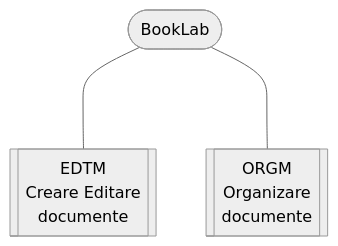
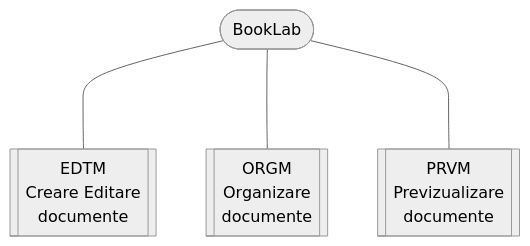
Before and after one commit to petre-renware/booklab: the diagram in doc_src/810-DSGN-130.02-Overview.md, drawn with Mermaid (neutral theme). The commit also changed other lines of this file, not shown here.

````diff
--- a/doc_src/810-DSGN-130.02-Overview.md
+++ b/doc_src/810-DSGN-130.02-Overview.md
@@ -68,10 +68,12 @@
 ``` mermaid
 graph TD
     bklab([BookLab])
     edtmtl[[EDTM \n Creare Editare \n documente]]
     orgm[[ORGM \n Organizare \n documente]]
+    prvm[[PRVM \n Previzualizare \n documente]]
 
 
     bklab ---- edtmtl
     bklab ---- orgm
+    bklab ---- prvm
 ```
````
